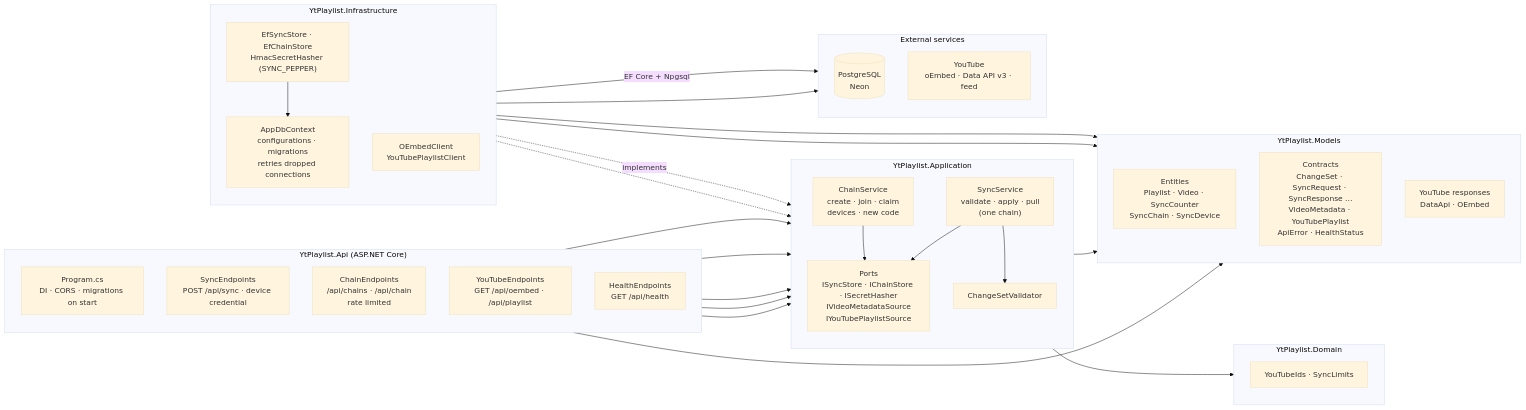
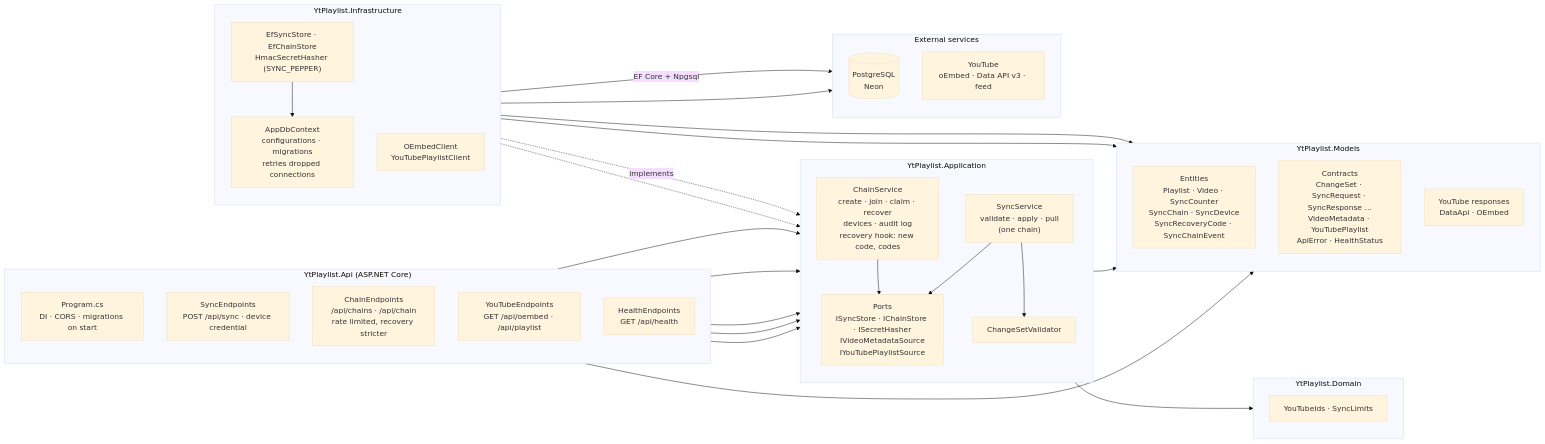
The second of 3 diagrams in docs/architecture.md (jestra52/yt-playlist-manager), drawn with Mermaid (base theme) before and after one commit. The commit also changed other lines of this file and 57 other files, not shown here.

First line of the commit message:
Sync chain recovery: recovery codes, recovery hook, audit log

````diff
--- a/docs/architecture.md
+++ b/docs/architecture.md
@@ -79,61 +79,61 @@
 ```mermaid
 flowchart LR
     subgraph apiProject["YtPlaylist.Api (ASP.NET Core)"]
         direction TB
         program["Program.cs<br/>DI · CORS · migrations on start"]
         syncEp["SyncEndpoints<br/>POST /api/sync · device credential"]
-        chainEp["ChainEndpoints<br/>/api/chains · /api/chain<br/>rate limited"]
+        chainEp["ChainEndpoints<br/>/api/chains · /api/chain<br/>rate limited, recovery stricter"]
         ytEp["YouTubeEndpoints<br/>GET /api/oembed · /api/playlist"]
         healthEp["HealthEndpoints<br/>GET /api/health"]
     end
 
     subgraph application["YtPlaylist.Application"]
         direction TB
         syncSvc["SyncService<br/>validate · apply · pull<br/>(one chain)"]
-        chainSvc["ChainService<br/>create · join · claim<br/>devices · new code"]
+        chainSvc["ChainService<br/>create · join · claim · recover<br/>devices · audit log<br/>recovery hook: new code, codes"]
         validator["ChangeSetValidator"]
         ports["Ports<br/>ISyncStore · IChainStore · ISecretHasher<br/>IVideoMetadataSource<br/>IYouTubePlaylistSource"]
     end
 
     subgraph domain["YtPlaylist.Domain"]
         direction TB
         rules["YouTubeIds · SyncLimits"]
     end
 
     subgraph models["YtPlaylist.Models"]
         direction TB
-        entities["Entities<br/>Playlist · Video · SyncCounter<br/>SyncChain · SyncDevice"]
+        entities["Entities<br/>Playlist · Video · SyncCounter<br/>SyncChain · SyncDevice<br/>SyncRecoveryCode · SyncChainEvent"]
         contracts["Contracts<br/>ChangeSet · SyncRequest · SyncResponse …<br/>VideoMetadata · YouTubePlaylist<br/>ApiError · HealthStatus"]
         youtubeDtos["YouTube responses<br/>DataApi · OEmbed"]
     end
 
     subgraph infrastructure["YtPlaylist.Infrastructure"]
         direction TB
         store["EfSyncStore · EfChainStore<br/>HmacSecretHasher (SYNC_PEPPER)"]
         dbContext["AppDbContext<br/>configurations · migrations<br/>retries dropped connections"]
         clients["OEmbedClient<br/>YouTubePlaylistClient"]
         store --> dbContext
     end
 
     syncEp --> syncSvc
     syncEp & chainEp --> chainSvc
     chainSvc --> ports
     syncSvc --> validator & ports
     ytEp --> ports
     healthEp --> syncSvc
     store -. "implements" .-> ports
     clients -.-> ports
     validator --> rules
     dbContext --> entities
     syncEp & ports --> contracts
     clients --> youtubeDtos
 
     subgraph external["External services"]
         direction TB
         postgres[("PostgreSQL<br/>Neon")]
         yt["YouTube<br/>oEmbed · Data API v3 · feed"]
     end
 
     dbContext -- "EF Core + Npgsql" --> postgres
     clients --> yt
 ```
````
